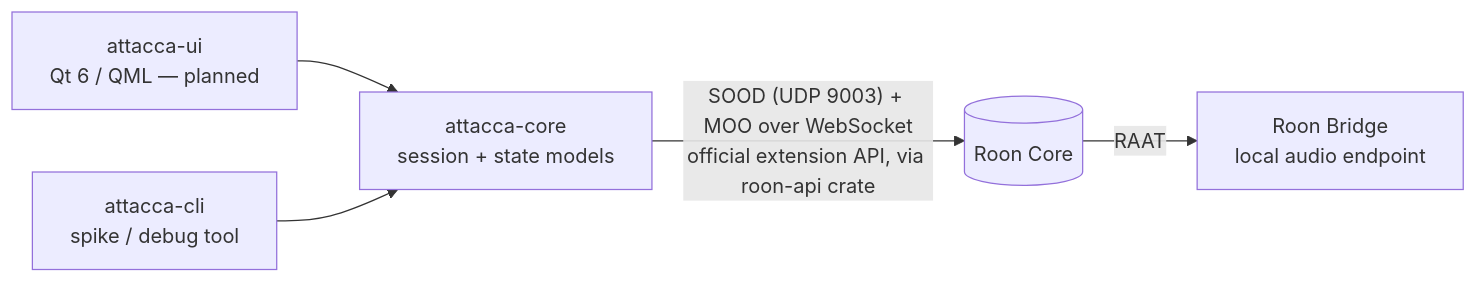
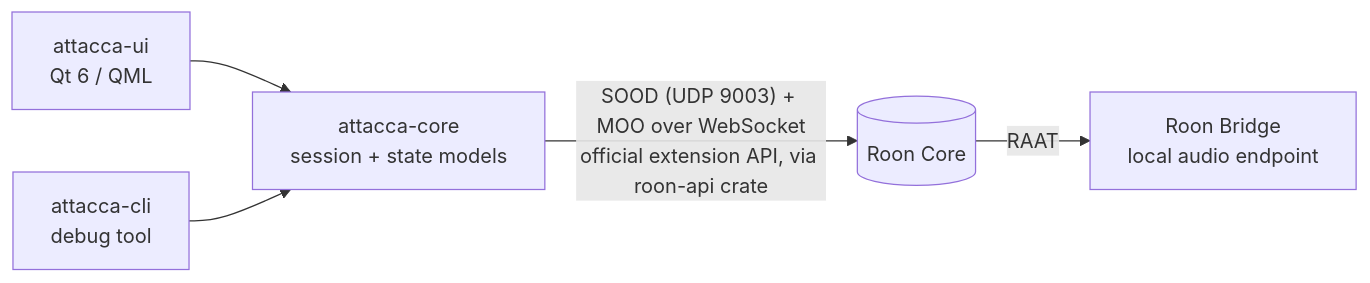
Before and after one commit to styx-techno/attacca: the diagram in README.md, drawn with Mermaid. The commit also changed other lines of this file, not shown here.

````diff
--- a/README.md
+++ b/README.md
@@ -14,7 +15,7 @@
 ```mermaid
 flowchart LR
-    UI[attacca-ui\nQt 6 / QML — planned] --> CORE[attacca-core\nsession + state models]
-    CLI[attacca-cli\nspike / debug tool] --> CORE
-    CORE -- "SOOD (UDP 9003) + MOO over WebSocket\nofficial extension API, via roon-api crate" --> ROON[(Roon Core)]
-    ROON -- RAAT --> BRIDGE[Roon Bridge\nlocal audio endpoint]
+    UI["attacca-ui<br/>Qt 6 / QML"] --> CORE["attacca-core<br/>session + state models"]
+    CLI["attacca-cli<br/>debug tool"] --> CORE
+    CORE -- "SOOD (UDP 9003) + MOO over WebSocket<br/>official extension API, via roon-api crate" --> ROON[(Roon Core)]
+    ROON -- RAAT --> BRIDGE["Roon Bridge<br/>local audio endpoint"]
 ```
````
